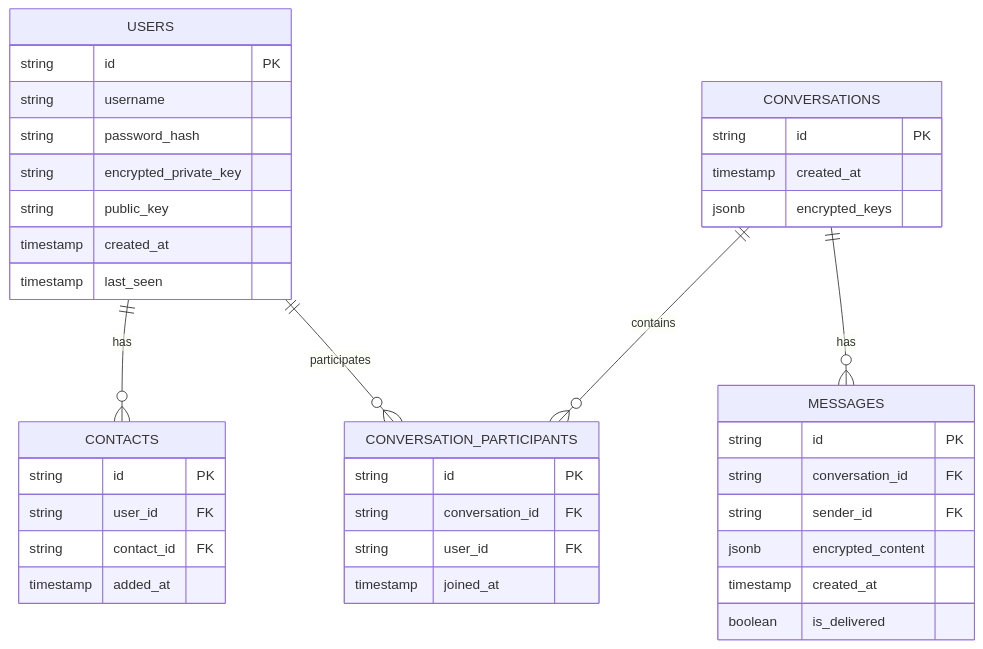
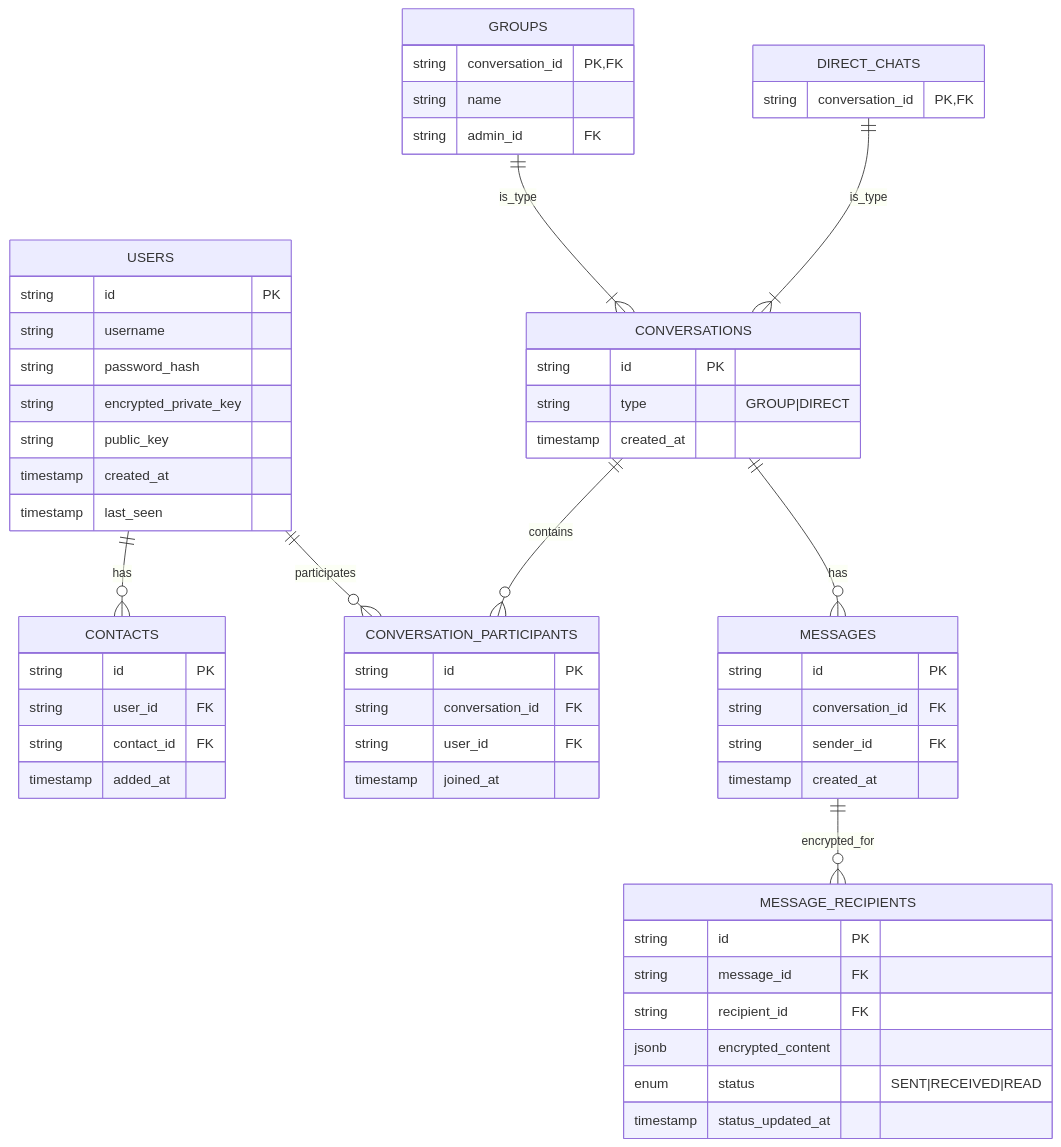
The first of 2 diagrams in README.md (Gugarauj07/ChatE2EE-ElgamalCrypto), drawn with Mermaid before and after one commit. The commit also changed other lines of this file, not shown here.

````diff
--- a/README.md
+++ b/README.md
@@ -10,41 +10,66 @@
 ```mermaid
 erDiagram
     USERS ||--o{ CONTACTS : has
     USERS ||--o{ CONVERSATION_PARTICIPANTS : participates
     CONVERSATIONS ||--o{ CONVERSATION_PARTICIPANTS : contains
     CONVERSATIONS ||--o{ MESSAGES : has
+    MESSAGES ||--o{ MESSAGE_RECIPIENTS : encrypted_for
+    GROUPS ||--|{ CONVERSATIONS : is_type
+    DIRECT_CHATS ||--|{ CONVERSATIONS : is_type
+
     USERS {
         string id PK
         string username
         string password_hash
         string encrypted_private_key
         string public_key
         timestamp created_at
         timestamp last_seen
     }
+
     CONTACTS {
         string id PK
         string user_id FK
         string contact_id FK
         timestamp added_at
     }
+
     CONVERSATIONS {
         string id PK
+        string type "GROUP|DIRECT"
         timestamp created_at
-        jsonb encrypted_keys
     }
+
+    GROUPS {
+        string conversation_id PK, FK
+        string name
+        string admin_id FK
+    }
+
+    DIRECT_CHATS {
+        string conversation_id PK, FK
+    }
+
     CONVERSATION_PARTICIPANTS {
         string id PK
         string conversation_id FK
         string user_id FK
         timestamp joined_at
     }
+
     MESSAGES {
         string id PK
         string conversation_id FK
         string sender_id FK
+        timestamp created_at
+    }
+
+    MESSAGE_RECIPIENTS {
+        string id PK
+        string message_id FK
+        string recipient_id FK
         jsonb encrypted_content
-        timestamp created_at
-        boolean is_delivered
+        enum status "SENT|RECEIVED|READ"
+        timestamp status_updated_at
     }
 ```
````
